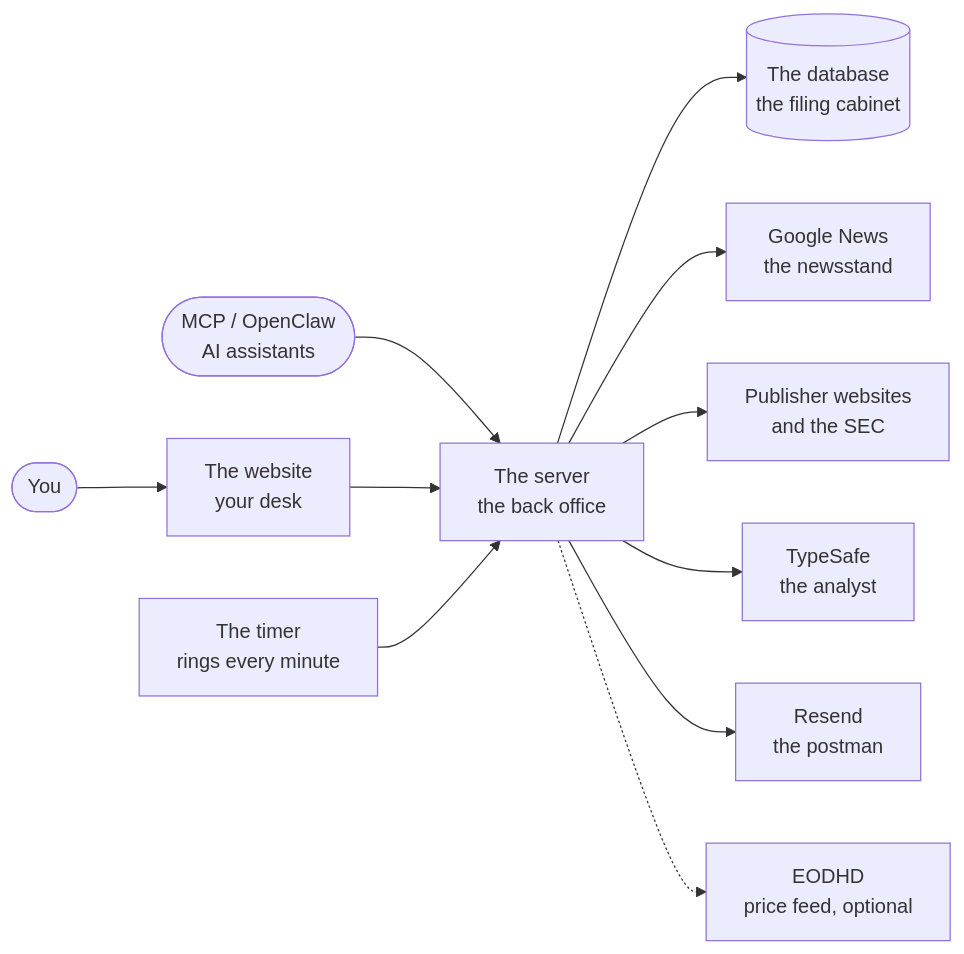
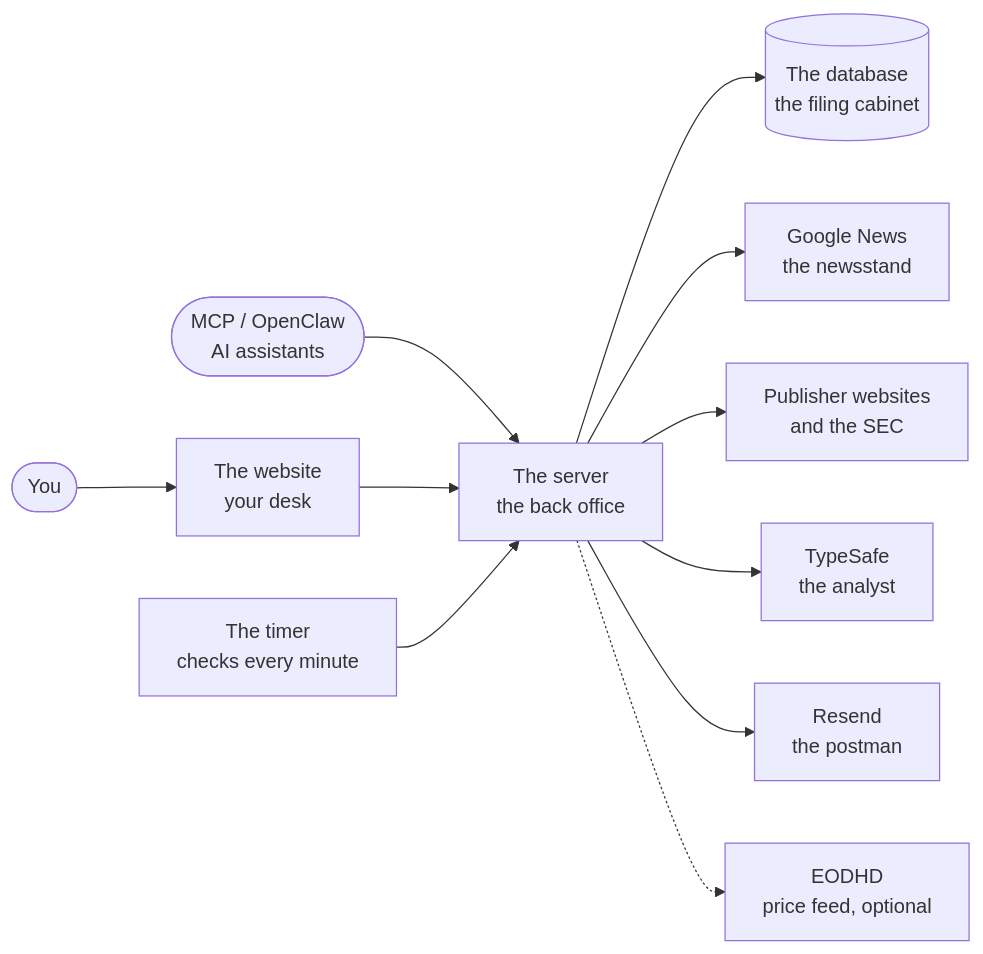
One commit to NithinMantena/stock-monitoring changed the first of 4 diagrams in docs/HOW-IT-WORKS.md. Above: the diagram before and after it, drawn with Mermaid. The commit also changed other lines of this file and 11 other files, not shown here.

````diff
--- a/docs/HOW-IT-WORKS.md
+++ b/docs/HOW-IT-WORKS.md
@@ -46,13 +46,13 @@
 ```mermaid
 flowchart LR
     You([You]) --> Website[The website<br/>your desk]
     Assistants([MCP / OpenClaw<br/>AI assistants]) --> Server
     Website --> Server[The server<br/>the back office]
-    Timer[The timer<br/>rings every minute] --> Server
+    Timer[The timer<br/>checks every minute] --> Server
     Server --> Database[(The database<br/>the filing cabinet)]
     Server --> Google[Google News<br/>the newsstand]
     Server --> Publishers[Publisher websites<br/>and the SEC]
     Server --> TypeSafe[TypeSafe<br/>the analyst]
     Server --> Email[Resend<br/>the postman]
     Server -.-> Prices[EODHD<br/>price feed, optional]
 ```
````
